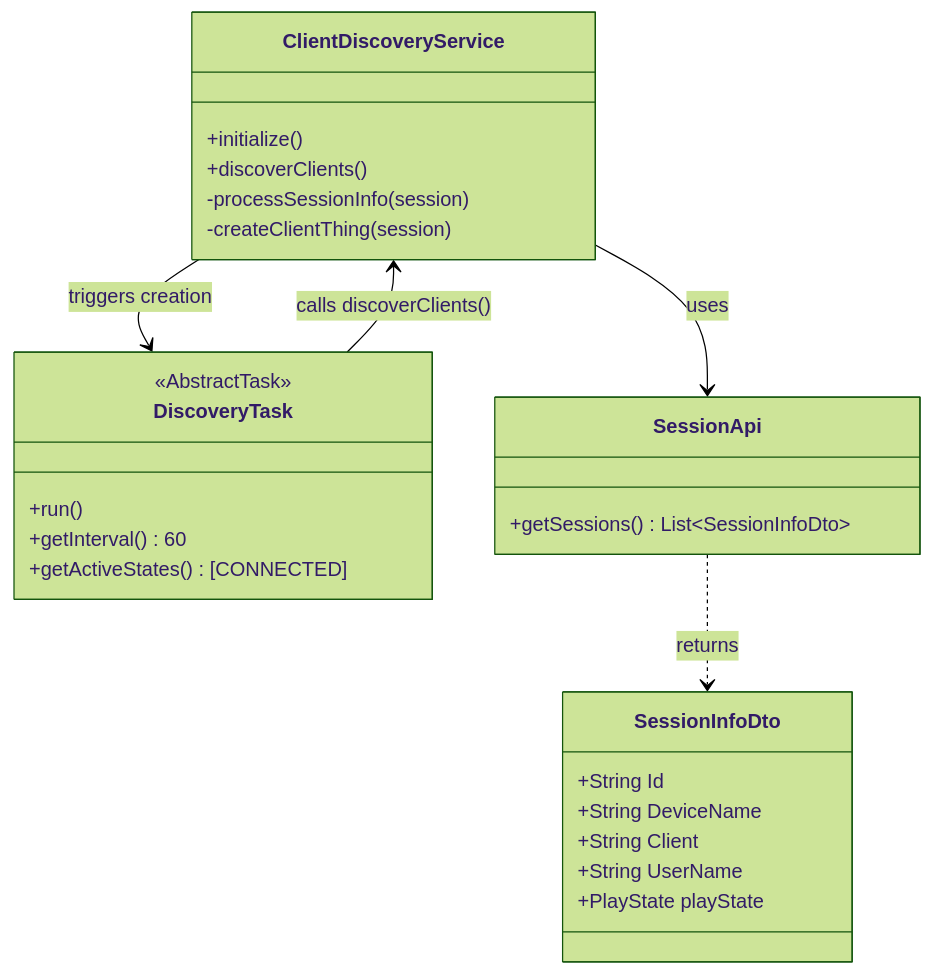
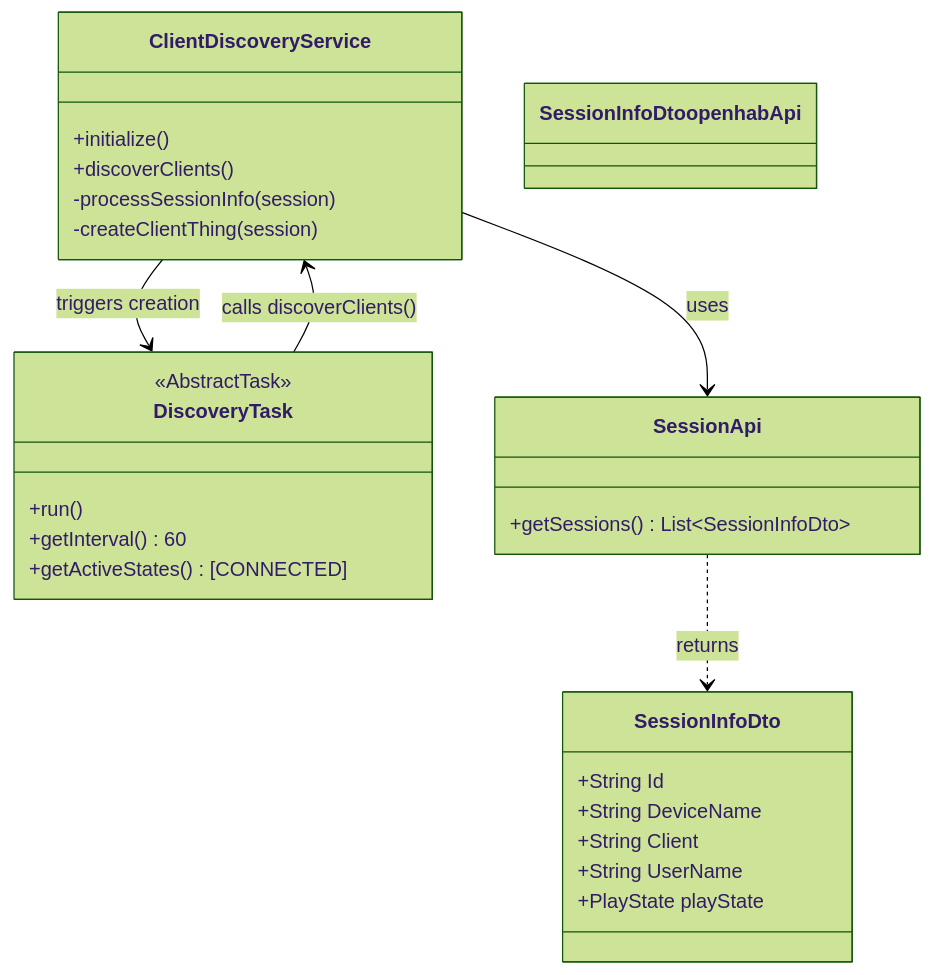
One commit to openhab/openhab-addons changed the second of 3 diagrams in bundles/org.openhab.binding.jellyfin/docs/architecture/discovery.md. Above: the diagram before and after it, drawn with Mermaid (forest theme). The commit also changed 5 other files, not shown here.

First line of the commit message:
🎨 docs: Apply color scheme to Mermaid diagrams using classDef

````diff
--- a/bundles/org.openhab.binding.jellyfin/docs/architecture/discovery.md
+++ b/bundles/org.openhab.binding.jellyfin/docs/architecture/discovery.md
@@ -67,33 +67,37 @@
 ```mermaid
 classDiagram
     ClientDiscoveryService --> DiscoveryTask : triggers creation
     ClientDiscoveryService --> SessionApi : uses
     DiscoveryTask --> ClientDiscoveryService : calls discoverClients()
     SessionApi ..> SessionInfoDto : returns
 
     class ClientDiscoveryService {
         +initialize()
         +discoverClients()
         -processSessionInfo(session)
         -createClientThing(session)
     }
 
     class DiscoveryTask {
         <<AbstractTask>>
         +run()
         +getInterval() 60
         +getActiveStates() [CONNECTED]
     }
 
     class SessionApi {
         +getSessions() List~SessionInfoDto~
     }
 
     class SessionInfoDto {
         +String Id
         +String DeviceName
         +String Client
         +String UserName
         +PlayState playState
     }
+
+    %% Color scheme for external libraries
+    classDef openhabApi fill:#99dd99,stroke:#66bb66,color:#000
+    class SessionInfoDto openhabApi
 ```
````
